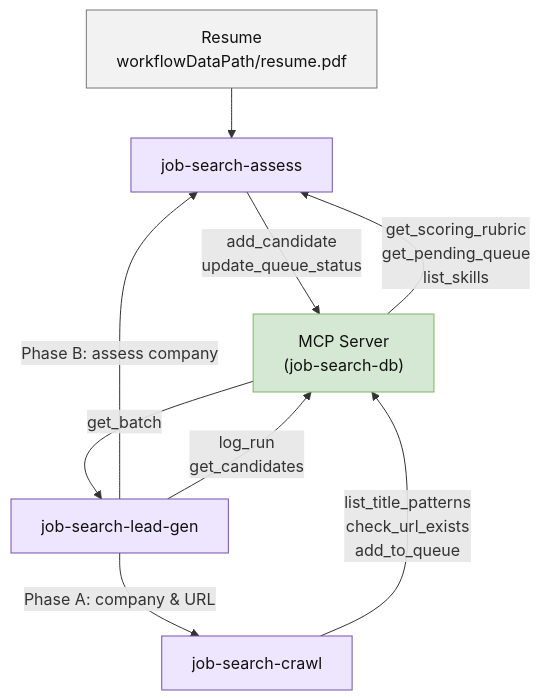
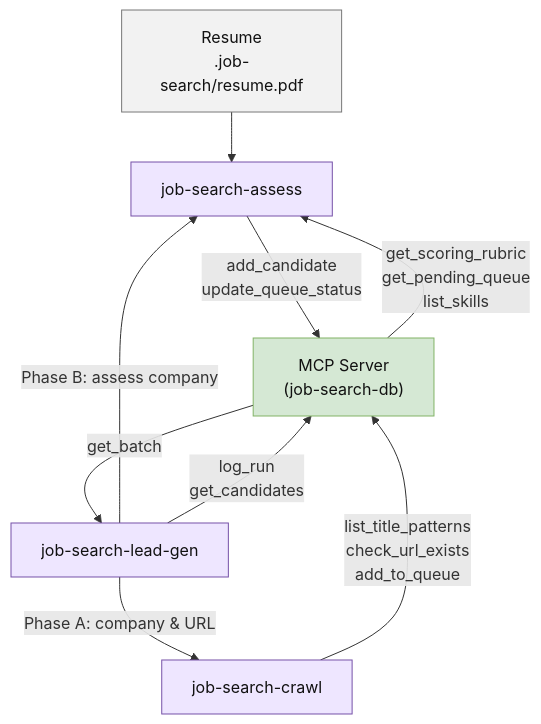
One commit to joshyim/job-search-automations changed the third of 7 diagrams in templates/pipeline-overview.md. Above: the diagram before and after it, drawn with Mermaid. The commit also changed other lines of this file and 30 other files, not shown here.

Commit message:
feat: implement SQLite adapter for persistent storage and update default resume path to .job-search/resume.pdf PRO27

````diff
--- a/templates/pipeline-overview.md
+++ b/templates/pipeline-overview.md
@@ -89,30 +89,30 @@
 ```mermaid
 ---
 config:
   flowchart:
     wrappingWidth: 160
 ---
 flowchart TB
-    RESUME["Resume<br/>workflowDataPath/resume.pdf"]
+    RESUME["Resume<br/>.job-search/resume.pdf"]
     ORCHESTRATOR["job-search-lead-gen"]
     CRAWL["job-search-crawl"]
     ASSESS["job-search-assess"]
     MCP["MCP Server<br/>(job-search-db)"]
 
     MCP -->|get_batch| ORCHESTRATOR
     ORCHESTRATOR -->|Phase A: company & URL| CRAWL
     CRAWL -->|list_title_patterns<br/>check_url_exists<br/>add_to_queue| MCP
     ORCHESTRATOR -->|Phase B: assess company| ASSESS
     RESUME --> ASSESS
     MCP -->|get_scoring_rubric<br/>get_pending_queue<br/>list_skills| ASSESS
     ASSESS -->|add_candidate<br/>update_queue_status| MCP
     ORCHESTRATOR -->|log_run<br/>get_candidates| MCP
 
     classDef external fill:#f2f2f2,stroke:#777,color:#111;
     classDef skill fill:#eee6ff,stroke:#7651a8,color:#111;
     classDef mcp fill:#d5e8d4,stroke:#82b366,color:#111;
 
     class RESUME external;
     class ORCHESTRATOR,CRAWL,ASSESS skill;
     class MCP mcp;
 ```
````
